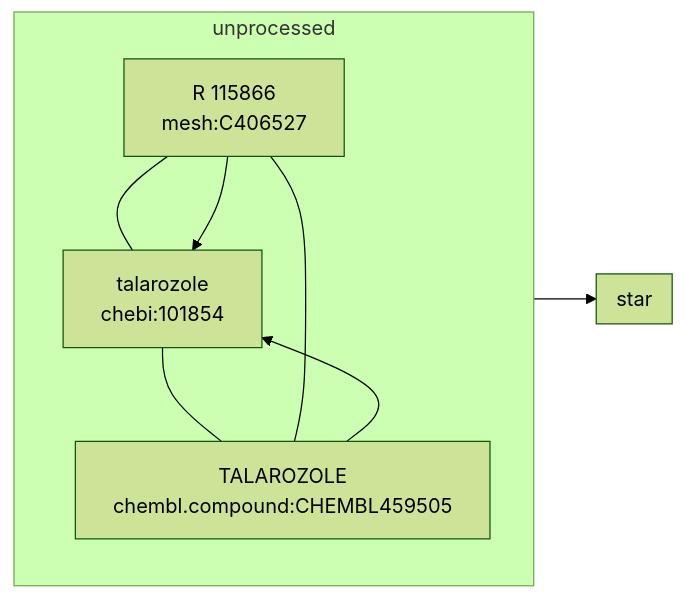
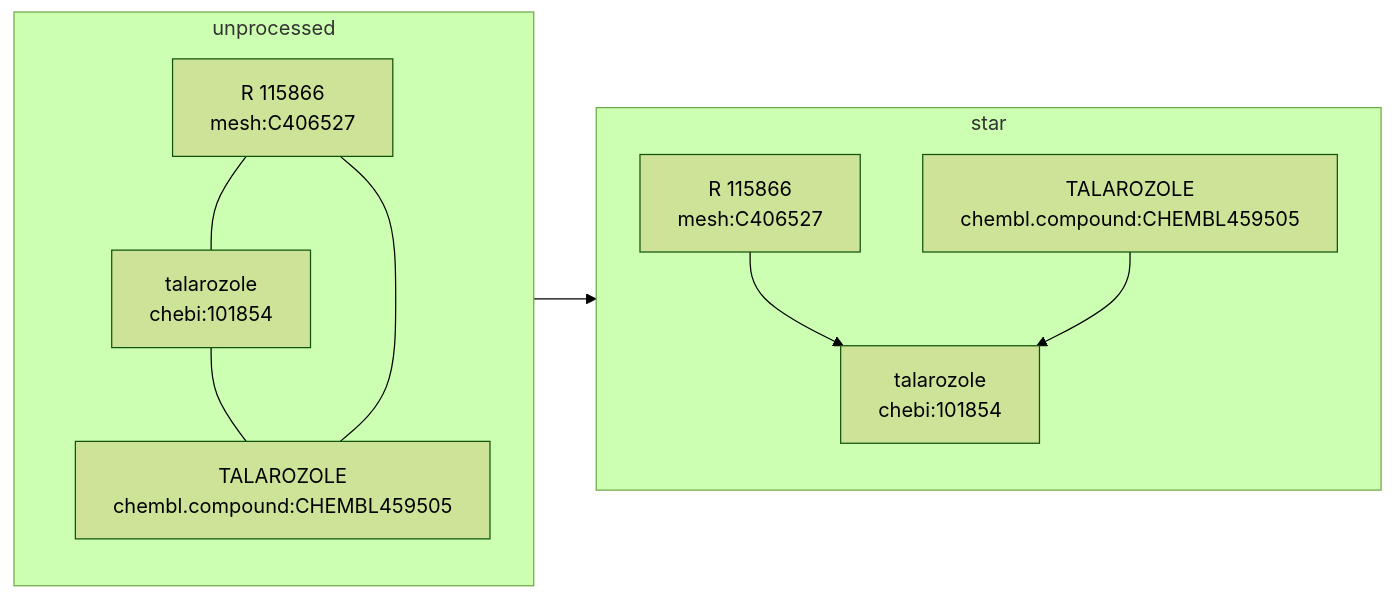
The fifth of 5 diagrams in README.md (biopragmatics/semra), drawn with Mermaid (forest theme) before and after one commit.

````diff
--- a/README.md
+++ b/README.md
@@ -227,13 +227,13 @@
 ```mermaid
 flowchart LR
     subgraph unprocessed
     A[R 115866<br/>mesh:C406527] --- B[talarozole<br/>chebi:101854]
     B --- C[TALAROZOLE<br/>chembl.compound:CHEMBL459505]
     A --- C
     end
     subgraph star
-    A[R 115866<br/>mesh:C406527] --> B[talarozole<br/>chebi:101854]
-    C[TALAROZOLE<br/>chembl.compound:CHEMBL459505] --> B
+    D[R 115866<br/>mesh:C406527] --> E[talarozole<br/>chebi:101854]
+    F[TALAROZOLE<br/>chembl.compound:CHEMBL459505] --> E
     end    
     unprocessed --> star
 ```
````
